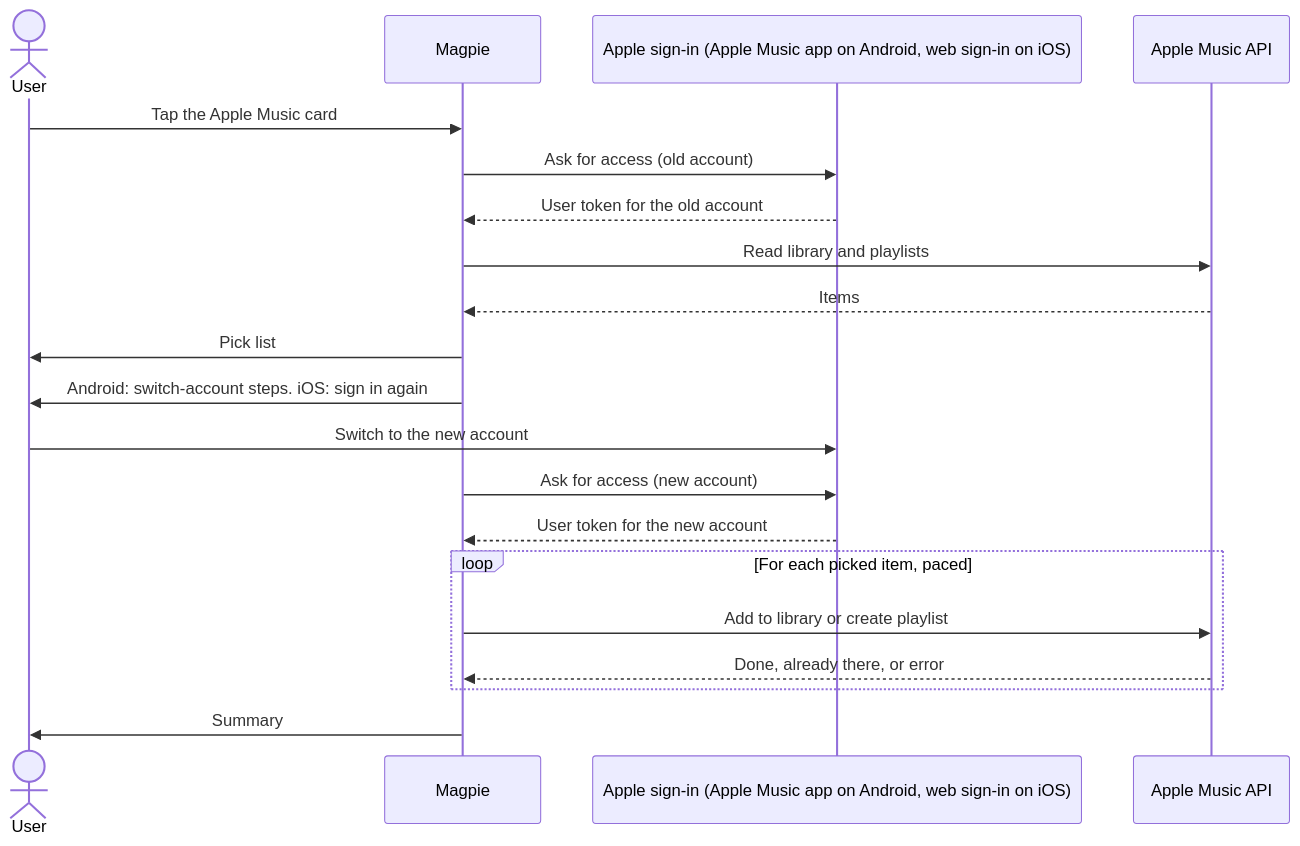
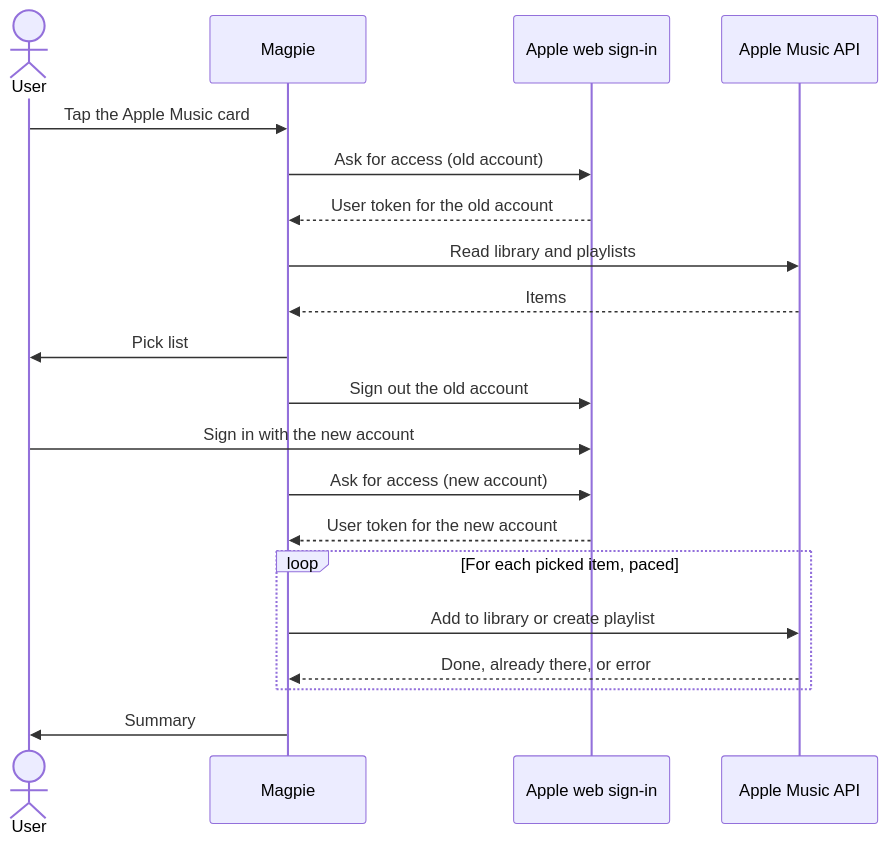
One commit to Dodo-Tech-Hub/magpie changed the second of 3 diagrams in specs/019-apple-music-platform/spec.md. Above: the diagram before and after it, drawn with Mermaid. The commit also changed other lines of this file and 1 other file, not shown here.

Commit message:
docs(spec): limit 019 Apple Music to iOS

````diff
--- a/specs/019-apple-music-platform/spec.md
+++ b/specs/019-apple-music-platform/spec.md
@@ -107,23 +114,23 @@
 ```mermaid
 sequenceDiagram
     actor User
     participant App as Magpie
-    participant Sign as Apple sign-in (Apple Music app on Android, web sign-in on iOS)
+    participant Sign as Apple web sign-in
     participant API as Apple Music API
 
     User->>App: Tap the Apple Music card
     App->>Sign: Ask for access (old account)
     Sign-->>App: User token for the old account
     App->>API: Read library and playlists
     API-->>App: Items
     App->>User: Pick list
-    App->>User: Android: switch-account steps. iOS: sign in again
-    User->>Sign: Switch to the new account
+    App->>Sign: Sign out the old account
+    User->>Sign: Sign in with the new account
     App->>Sign: Ask for access (new account)
     Sign-->>App: User token for the new account
     loop For each picked item, paced
         App->>API: Add to library or create playlist
         API-->>App: Done, already there, or error
     end
     App->>User: Summary
 ```
````
